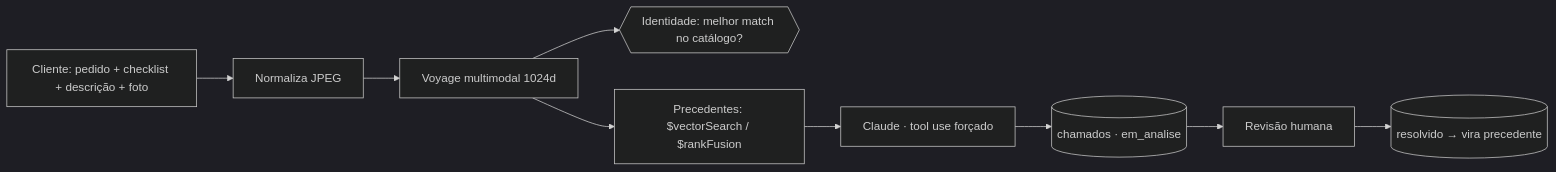
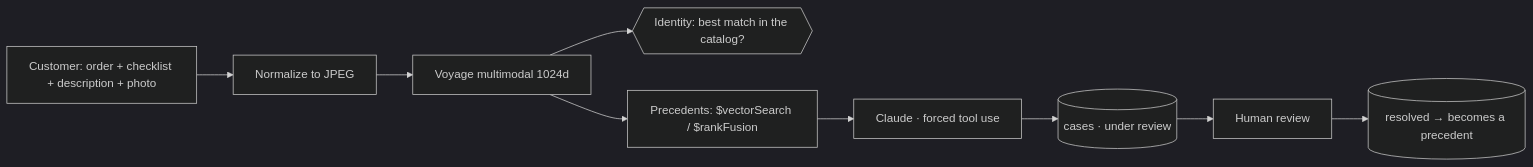
Before and after one commit to adrianofratelli-glitch/analise-garantia-multimodal: the diagram in README.md, drawn with Mermaid (dark theme). The commit also changed other lines of this file and 2 other files, not shown here.

````diff
--- a/README.md
+++ b/README.md
@@ -35,10 +18,10 @@
 ```mermaid
 flowchart LR
-    A[Cliente: pedido + checklist + descrição + foto] --> B[Normaliza JPEG]
+    A[Customer: order + checklist + description + photo] --> B[Normalize to JPEG]
     B --> C[Voyage multimodal 1024d]
-    C --> D{{"Identidade: melhor match no catálogo?"}}
-    C --> E["Precedentes: $vectorSearch / $rankFusion"]
-    E --> F[Claude · tool use forçado]
-    F --> G[(chamados · em_analise)]
-    G --> H[Revisão humana] --> I[(resolvido → vira precedente)]
+    C --> D{{"Identity: best match in the catalog?"}}
+    C --> E["Precedents: $vectorSearch / $rankFusion"]
+    E --> F[Claude · forced tool use]
+    F --> G[(cases · under review)]
+    G --> H[Human review] --> I[(resolved → becomes a precedent)]
 ```
````
